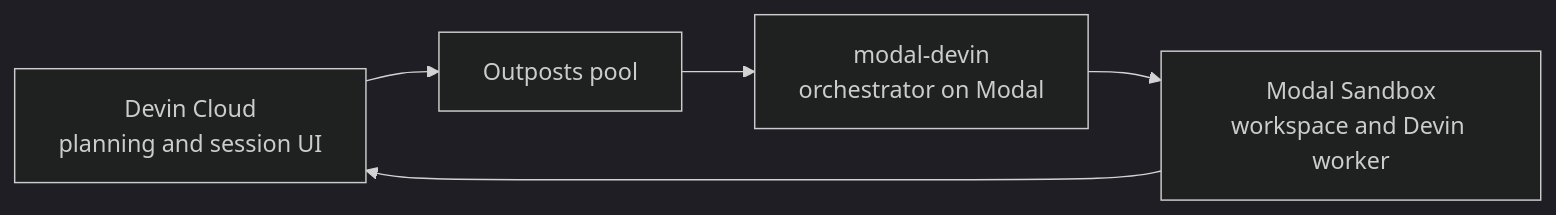
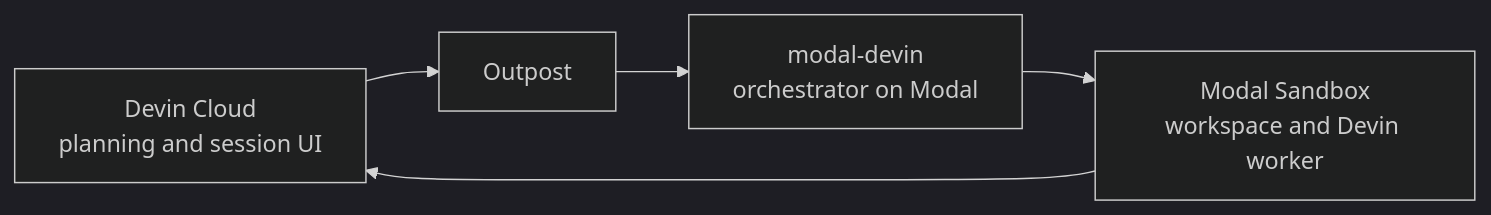
The diagram in explanation/architecture.mdx (COG-GTM/modal-devin), drawn with Mermaid (dark theme) before and after one commit. The commit also changed other lines of this file and 32 other files, not shown here.

First line of the commit message:
Rename pool to outpost, fix Outposts API drift, fix worker image build

````diff
--- a/explanation/architecture.mdx
+++ b/explanation/architecture.mdx
@@ -15,7 +15,7 @@
 ```mermaid
 flowchart LR
-    D["Devin Cloud<br/>planning and session UI"] --> P["Outposts pool"]
+    D["Devin Cloud<br/>planning and session UI"] --> P["Outpost"]
     P --> O["modal-devin<br/>orchestrator on Modal"]
     O --> S["Modal Sandbox<br/>workspace and Devin worker"]
     S --> D
 ```
````
